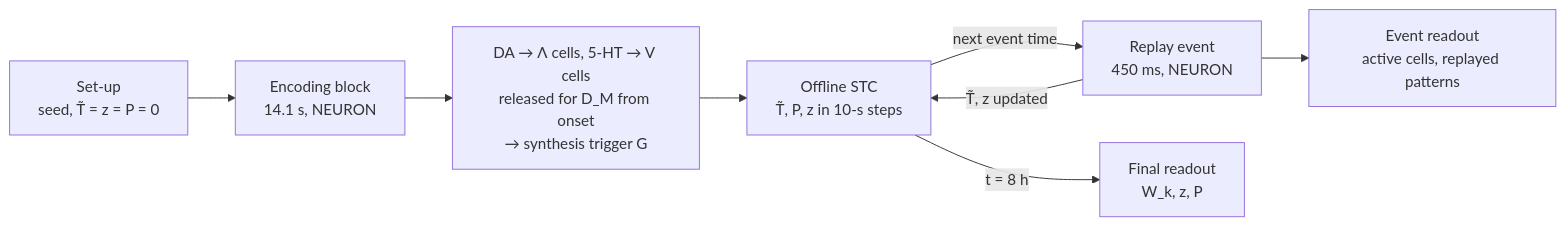
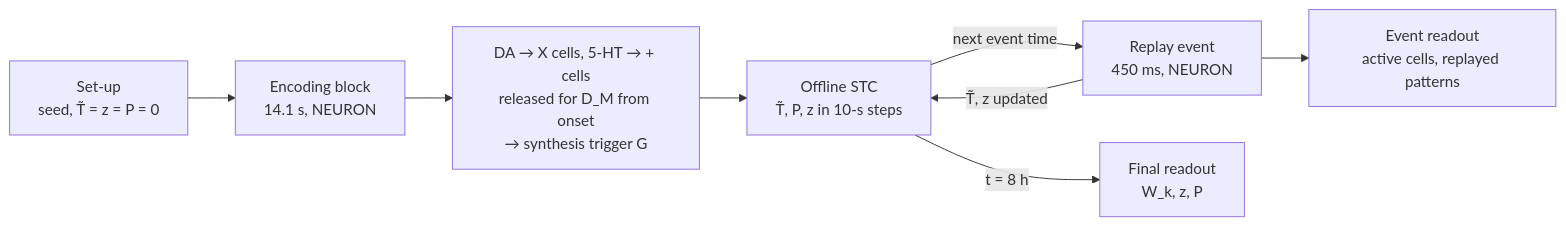
The diagram in docs/PROTOCOL.md (max-talanov/tinyCA3), drawn with Mermaid before and after one commit. The commit also changed other lines of this file and 20 other files, not shown here.

First line of the commit message:
Layout B: disjoint patterns of the corrected figure, synapse-class readout

````diff
--- a/docs/PROTOCOL.md
+++ b/docs/PROTOCOL.md
@@ -38,10 +44,10 @@
 ```mermaid
 flowchart LR
     S[Set-up<br/>seed, T̃ = z = P = 0] --> E[Encoding block<br/>14.1 s, NEURON]
-    E --> M[DA → Λ cells, 5-HT → V cells<br/>released for D_M from onset<br/>→ synthesis trigger G]
+    E --> M[DA → X cells, 5-HT → + cells<br/>released for D_M from onset<br/>→ synthesis trigger G]
     M --> O[Offline STC<br/>T̃, P, z in 10-s steps]
     O -->|next event time| R[Replay event<br/>450 ms, NEURON]
     R -->|T̃, z updated| O
     R --> RO[Event readout<br/>active cells, replayed patterns]
     O -->|t = 8 h| F[Final readout<br/>W_k, z, P]
 ```
````
